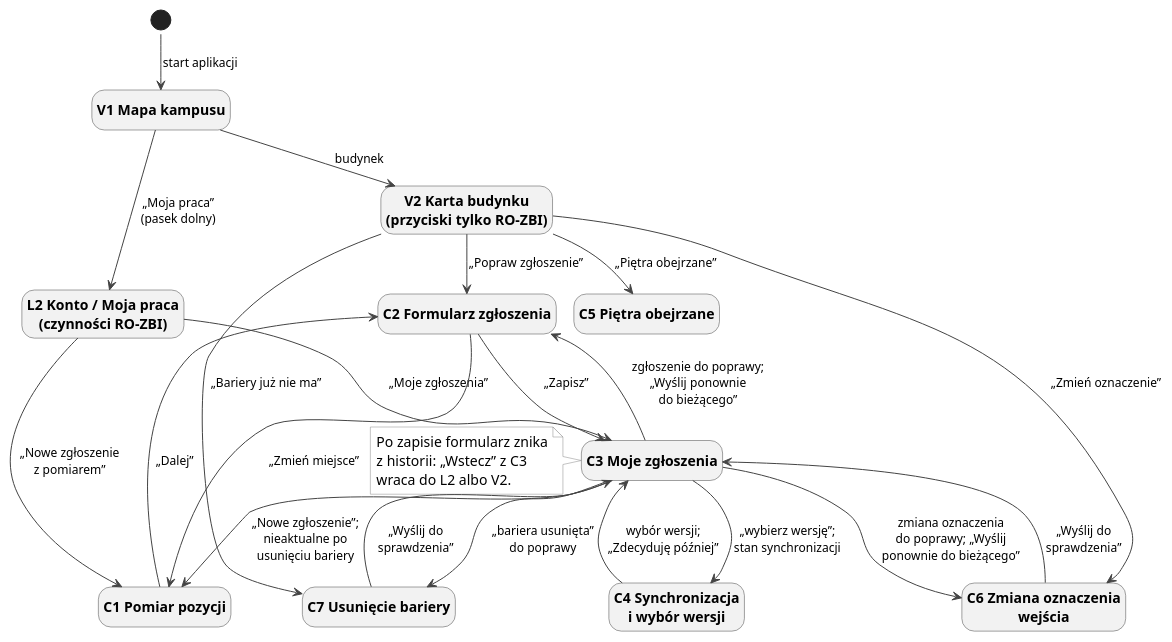
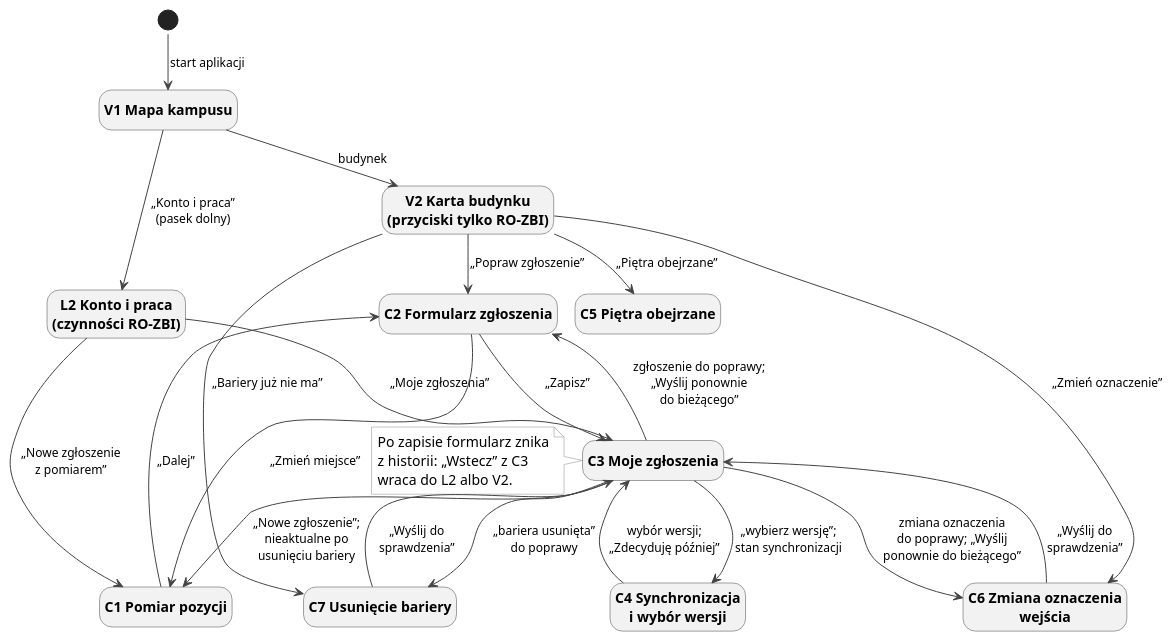
One commit to dostepny-kampus/dostepny-kampus changed the diagram in docs/docs/ux/nawigacja-zespol-zbierajacy.puml. Above: the diagram before and after it, drawn with PlantUML. The commit also changed 4 other files, not shown here.

Commit message:
docs(ux): rename team work entry to Konto i praca

```diff
--- a/docs/docs/ux/nawigacja-zespol-zbierajacy.puml
+++ b/docs/docs/ux/nawigacja-zespol-zbierajacy.puml
@@ -1,65 +1,65 @@
 @startuml
 !pragma layout smetana
 hide empty description
 skinparam defaultFontSize 14
 skinparam ArrowColor #444444
 skinparam ArrowFontSize 12
 skinparam state {
   BackgroundColor #F2F2F2
   BorderColor #444444
   FontStyle bold
 }
 skinparam state<<stan>> {
   BackgroundColor #FFFFFF
   BorderColor #444444
   FontStyle normal
 }
 
 skinparam note {
   BackgroundColor #FFFFFF
   BorderColor #888888
 }
 
 state "V1 Mapa kampusu" as V1
 state "V2 Karta budynku\n(przyciski tylko RO-ZBI)" as V2
-state "L2 Konto / Moja praca\n(czynności RO-ZBI)" as L2
+state "L2 Konto i praca\n(czynności RO-ZBI)" as L2
 state "C1 Pomiar pozycji" as C1
 state "C2 Formularz zgłoszenia" as C2
 state "C3 Moje zgłoszenia" as C3
 state "C4 Synchronizacja\ni wybór wersji" as C4
 state "C5 Piętra obejrzane" as C5
 state "C6 Zmiana oznaczenia\nwejścia" as C6
 state "C7 Usunięcie bariery" as C7
 
 [*] --> V1 : start aplikacji
 V1 --> V2 : budynek
-V1 --> L2 : „Moja praca”\n(pasek dolny)
+V1 --> L2 : „Konto i praca”\n(pasek dolny)
 
 L2 --> C1 : „Nowe zgłoszenie\nz pomiarem”
 L2 --> C3 : „Moje zgłoszenia”
 
 V2 --> C6 : „Zmień oznaczenie”
 V2 --> C7 : „Bariery już nie ma”
 V2 --> C2 : „Popraw zgłoszenie”
 V2 --> C5 : „Piętra obejrzane”
 
 C1 --> C2 : „Dalej”
 C2 --> C1 : „Zmień miejsce”
 C2 --> C3 : „Zapisz”
 
 C3 --> C1 : „Nowe zgłoszenie”;\nnieaktualne po\nusunięciu bariery
 C3 --> C2 : zgłoszenie do poprawy;\n„Wyślij ponownie\ndo bieżącego”
 C3 --> C6 : zmiana oznaczenia\ndo poprawy; „Wyślij\nponownie do bieżącego”
 C3 --> C7 : „bariera usunięta”\ndo poprawy
 C3 --> C4 : „wybierz wersję”;\nstan synchronizacji
 
 C4 --> C3 : wybór wersji;\n„Zdecyduję później”
 C6 --> C3 : „Wyślij do\nsprawdzenia”
 C7 --> C3 : „Wyślij do\nsprawdzenia”
 
 note left of C3
   Po zapisie formularz znika
   z historii: „Wstecz” z C3
   wraca do L2 albo V2.
 end note
 @enduml
```
